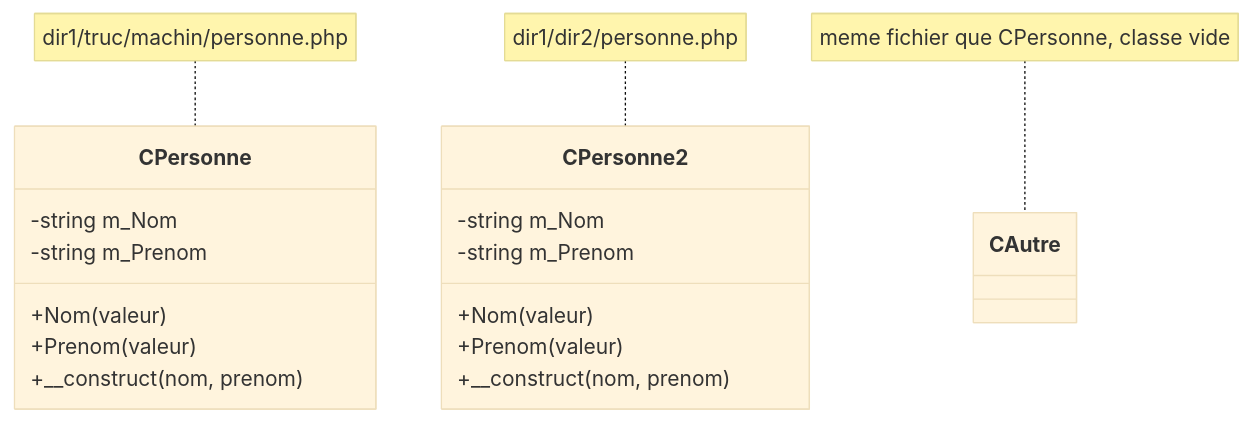
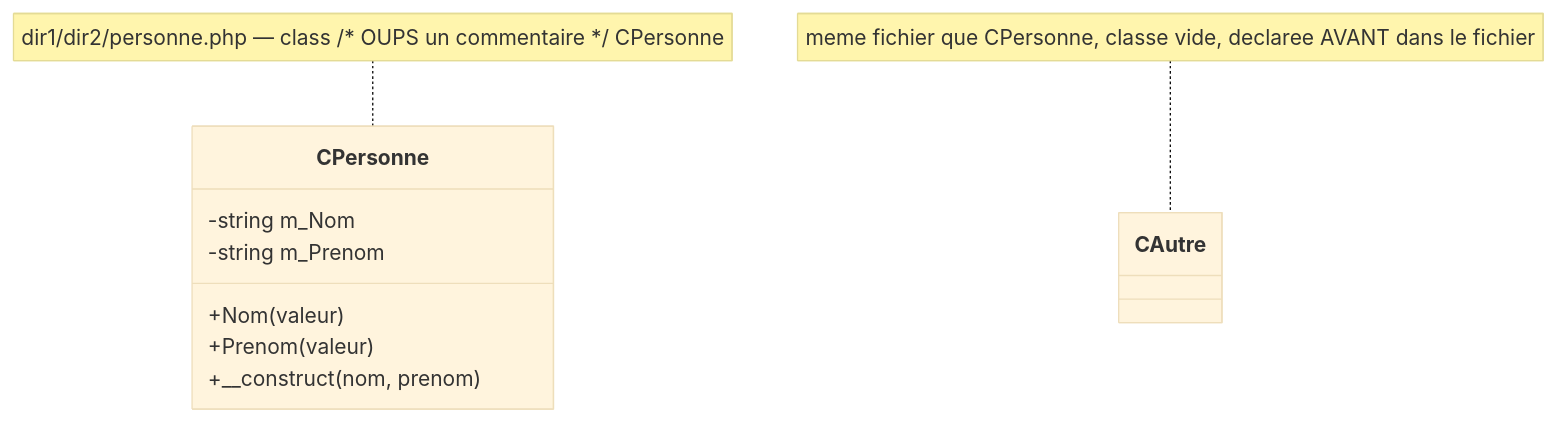
One commit to ernesthdj/PID changed the diagram in docs/academique/Structure POO — CPersonne, CPersonne2 et CAutre.md. Above: the diagram before and after it, drawn with Mermaid (base theme). The commit also changed other lines of this file and 20 other files, not shown here.

````diff
--- a/docs/academique/Structure POO — CPersonne, CPersonne2 et CAutre.md
+++ b/docs/academique/Structure POO — CPersonne, CPersonne2 et CAutre.md
@@ -81,22 +90,14 @@
 ```mermaid
 classDiagram
     class CPersonne {
         -string m_Nom
         -string m_Prenom
         +Nom(valeur) 
         +Prenom(valeur)
         +__construct(nom, prenom)
     }
-    class CPersonne2 {
-        -string m_Nom
-        -string m_Prenom
-        +Nom(valeur)
-        +Prenom(valeur)
-        +__construct(nom, prenom)
-    }
     class CAutre {
     }
-    note for CPersonne "dir1/truc/machin/personne.php"
-    note for CPersonne2 "dir1/dir2/personne.php"
-    note for CAutre "meme fichier que CPersonne, classe vide"
+    note for CPersonne "dir1/dir2/personne.php — class /* OUPS un commentaire */ CPersonne"
+    note for CAutre "meme fichier que CPersonne, classe vide, declaree AVANT dans le fichier"
 ```
````
